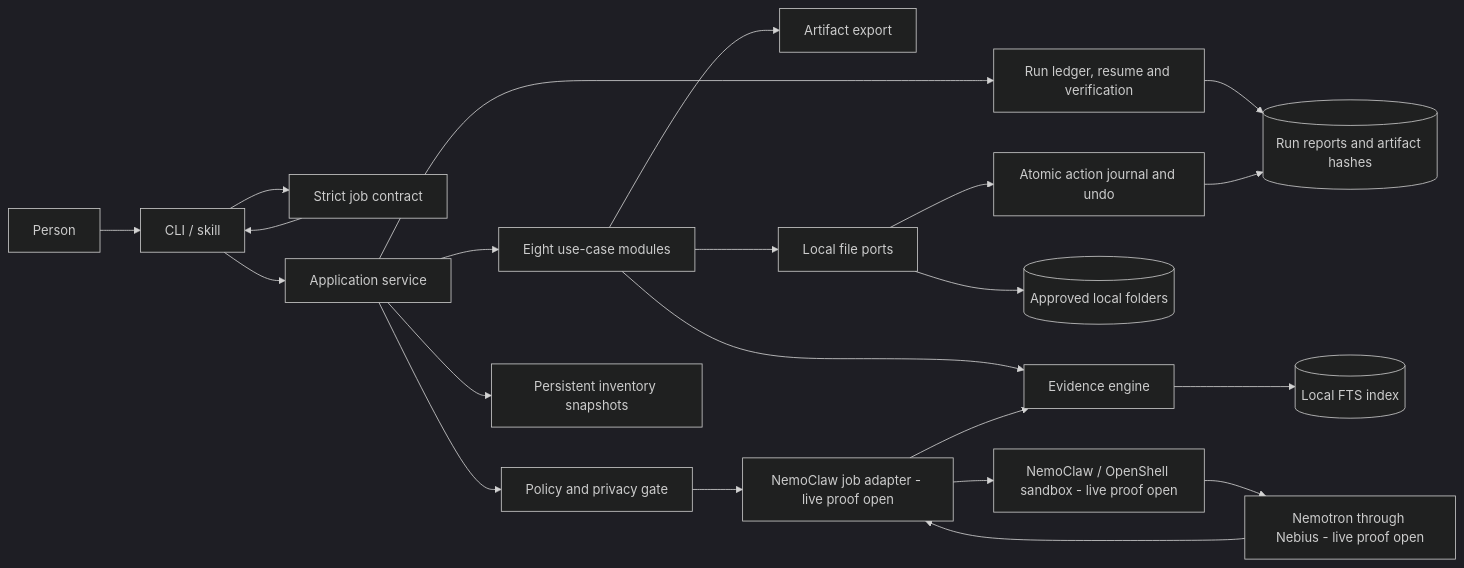
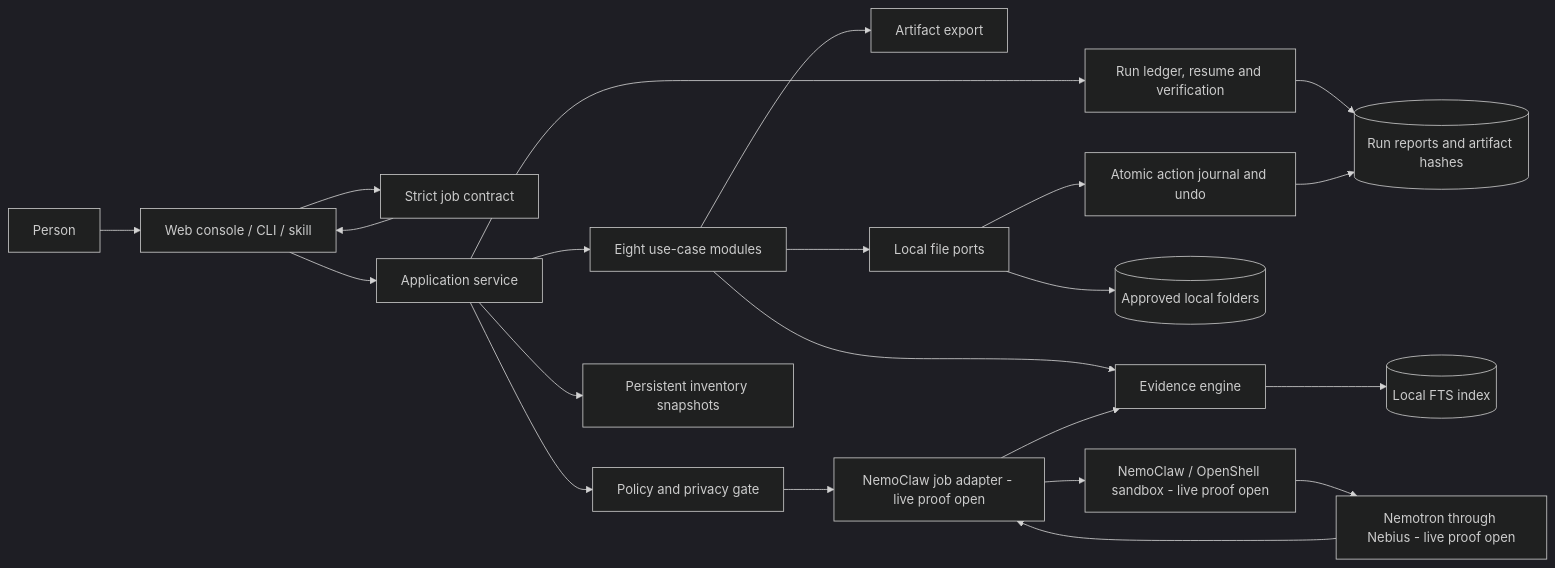
The diagram in docs/architecture.md (ellmos-ai/NemoFold), drawn with Mermaid (dark theme) before and after one commit. The commit also changed other lines of this file and 12 other files, not shown here.

````diff
--- a/docs/architecture.md
+++ b/docs/architecture.md
@@ -6,24 +6,24 @@
 ```mermaid
 flowchart LR
-    U[Person] --> CLI[CLI / skill]
-    CLI --> JOB[Strict job contract]
-    JOB --> CLI
-    CLI --> APP[Application service]
+    U[Person] --> SURFACE[Web console / CLI / skill]
+    SURFACE --> JOB[Strict job contract]
+    JOB --> SURFACE
+    SURFACE --> APP[Application service]
     APP --> POLICY[Policy and privacy gate]
     APP --> LEDGER[Run ledger, resume and verification]
     APP --> MODULES[Eight use-case modules]
     APP --> INV[Persistent inventory snapshots]
     MODULES --> EVIDENCE[Evidence engine]
     MODULES --> EXPORT[Artifact export]
     MODULES --> FILES[Local file ports]
     FILES --> LOCAL[(Approved local folders)]
     EVIDENCE --> INDEX[(Local FTS index)]
     FILES --> JOURNAL[Atomic action journal and undo]
     POLICY --> ADAPTER[NemoClaw job adapter - live proof open]
     ADAPTER --> OPEN[NemoClaw / OpenShell sandbox - live proof open]
     OPEN --> NEMO[Nemotron through Nebius - live proof open]
     NEMO --> ADAPTER
     ADAPTER --> EVIDENCE
     LEDGER --> AUDIT[(Run reports and artifact hashes)]
     JOURNAL --> AUDIT
 ```
````
